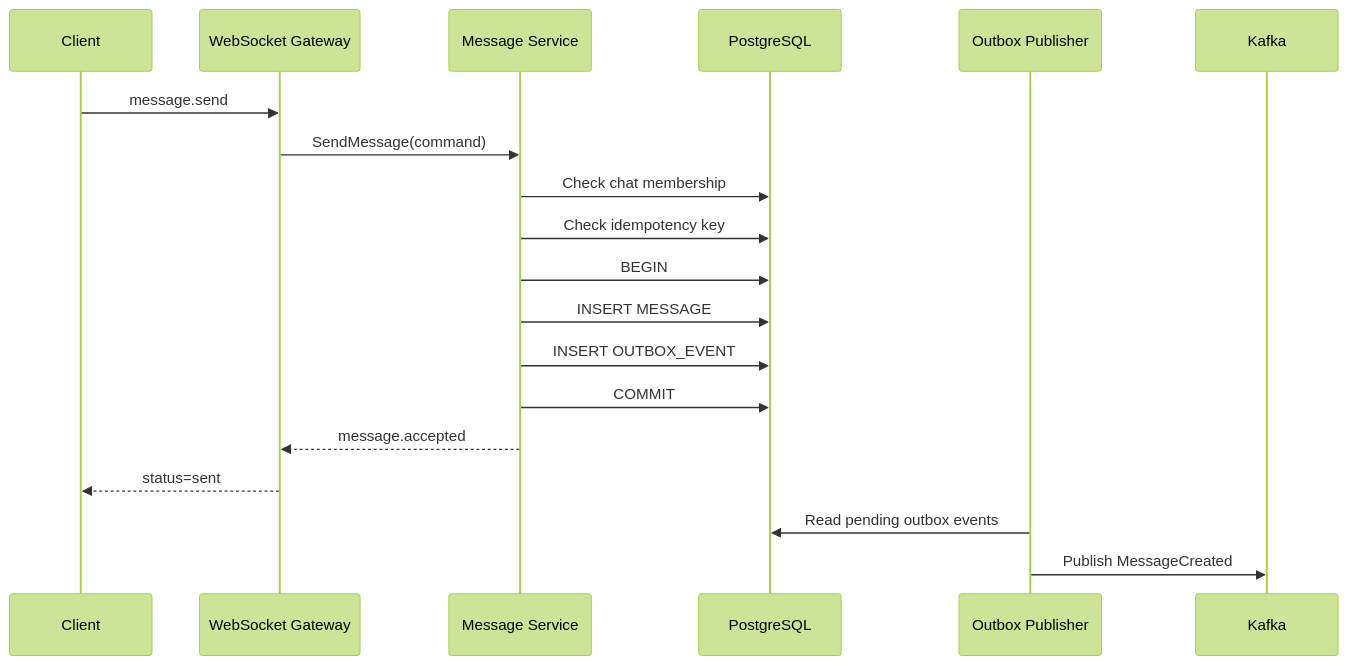
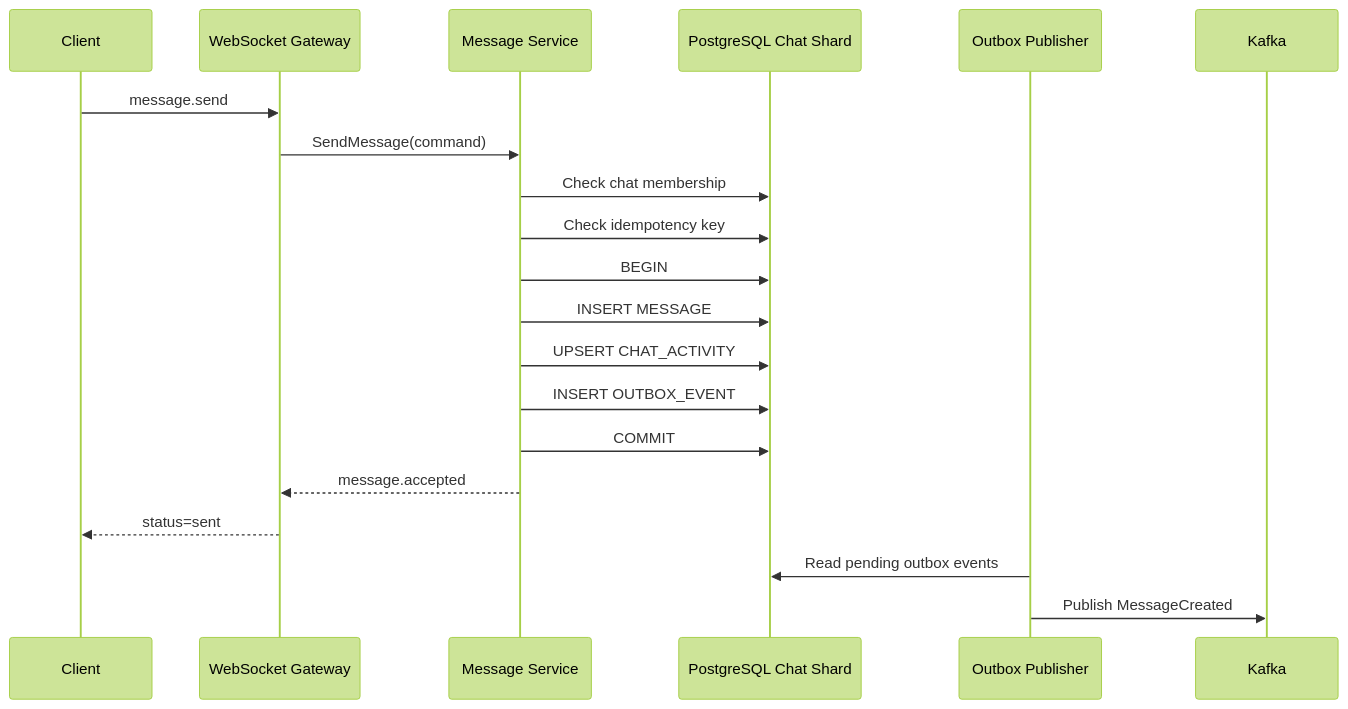
Before and after one commit to jerempir/Technical-Solution-for-a-Messenger-System: the third of 10 diagrams in technical_solution_messenger.md, drawn with Mermaid (forest theme). The commit also changed other lines of this file, not shown here.

````diff
--- a/technical_solution_messenger.md
+++ b/technical_solution_messenger.md
@@ -935,22 +1141,23 @@
 ```mermaid
 sequenceDiagram
     participant Client
     participant WSGW as WebSocket Gateway
     participant MessageService as Message Service
-    participant Postgres as PostgreSQL
+    participant Postgres as PostgreSQL Chat Shard
     participant Outbox as Outbox Publisher
     participant Kafka as Kafka
 
     Client->>WSGW: message.send
     WSGW->>MessageService: SendMessage(command)
     MessageService->>Postgres: Check chat membership
     MessageService->>Postgres: Check idempotency key
     MessageService->>Postgres: BEGIN
     MessageService->>Postgres: INSERT MESSAGE
+    MessageService->>Postgres: UPSERT CHAT_ACTIVITY
     MessageService->>Postgres: INSERT OUTBOX_EVENT
     MessageService->>Postgres: COMMIT
     MessageService-->>WSGW: message.accepted
     WSGW-->>Client: status=sent
     Outbox->>Postgres: Read pending outbox events
     Outbox->>Kafka: Publish MessageCreated
 ```
````
